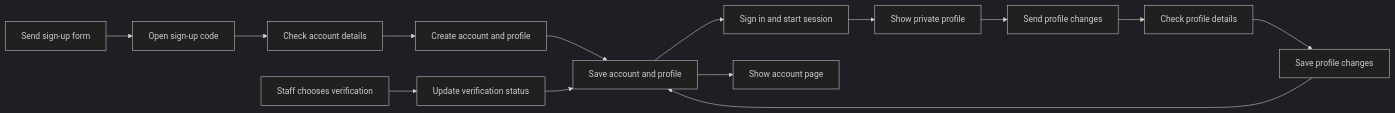
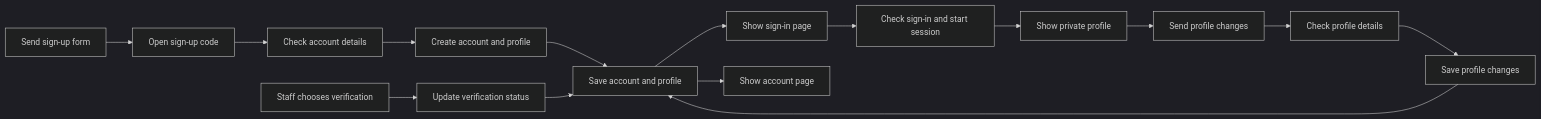
Before and after one commit to harvseale-ai/kindelise-: the fourth of 13 diagrams in docs/RUNTIME.md, drawn with Mermaid (dark theme). The commit also changed other lines of this file and 53 other files, not shown here.

````diff
--- a/docs/RUNTIME.md
+++ b/docs/RUNTIME.md
@@ -152,29 +152,31 @@
 ```mermaid
 flowchart LR
   A["Send sign-up form"] --> B["Open sign-up code"]
   B --> C["Check account details"]
   C --> D["Create account and profile"]
   D --> E["Save account and profile"]
-  E --> F["Sign in and start session"]
-  F --> G["Show private profile"]
-  G --> H["Send profile changes"]
-  H --> I["Check profile details"]
-  I --> J["Save profile changes"]
-  J --> E
-  K["Staff chooses verification"] --> L["Update verification status"]
-  L --> E
-  E --> M["Show account page"]
+  E --> F["Show sign-in page"]
+  F --> G["Check sign-in and start session"]
+  G --> H["Show private profile"]
+  H --> I["Send profile changes"]
+  I --> J["Check profile details"]
+  J --> K["Save profile changes"]
+  K --> E
+  L["Staff chooses verification"] --> M["Update verification status"]
+  M --> E
+  E --> N["Show account page"]
   click A "kindlelise/urls.py#L1" "Open the account routes"
   click B "kindlelise/views/accounts.py#Ssign_up_page" "Open registration view"
   click C "kindlelise/forms.py#SAccountSignUpForm" "Open registration validation"
   click D "kindlelise/services/accounts.py#Screate_account_and_profile" "Open atomic account creation"
   click E "kindlelise/models.py#SProfile" "Open Profile model"
-  click F "kindlelise/views/accounts.py#Ssign_in_page" "Open sign-in and session start"
-  click G "kindlelise/views/accounts.py#Saccount_page" "Open private account view"
-  click H "kindlelise/views/accounts.py#Sedit_profile_page" "Open profile edit view"
-  click I "kindlelise/forms.py#SProfileDetailsForm" "Open profile validation"
-  click J "kindlelise/services/accounts.py#Supdate_signed_in_user_profile" "Open profile update transaction"
-  click K "kindlelise/admin.py#Sverify_selected_profiles_for_discovery_plans_and_messages" "Open staff verification action"
-  click L "kindlelise/admin.py#S_set_profile_verification" "Open verification state change"
-  click M "templates/account.html#L1" "Open account and profile template"
+  click F "kindlelise/views/accounts.py#Ssign_in_page" "Open the separate sign-in page"
+  click G "kindlelise/views/accounts.py#Ssign_in_page" "Open sign-in checks and session start"
+  click H "kindlelise/views/accounts.py#Saccount_page" "Open private account view"
+  click I "kindlelise/views/accounts.py#Sedit_profile_page" "Open profile edit view"
+  click J "kindlelise/forms.py#SProfileDetailsForm" "Open profile validation"
+  click K "kindlelise/services/accounts.py#Supdate_signed_in_user_profile" "Open profile update transaction"
+  click L "kindlelise/admin.py#Sverify_selected_profiles_for_discovery_plans_and_messages" "Open staff verification action"
+  click M "kindlelise/admin.py#S_set_profile_verification" "Open verification state change"
+  click N "templates/account.html#L1" "Open account and profile template"
 ```
````
